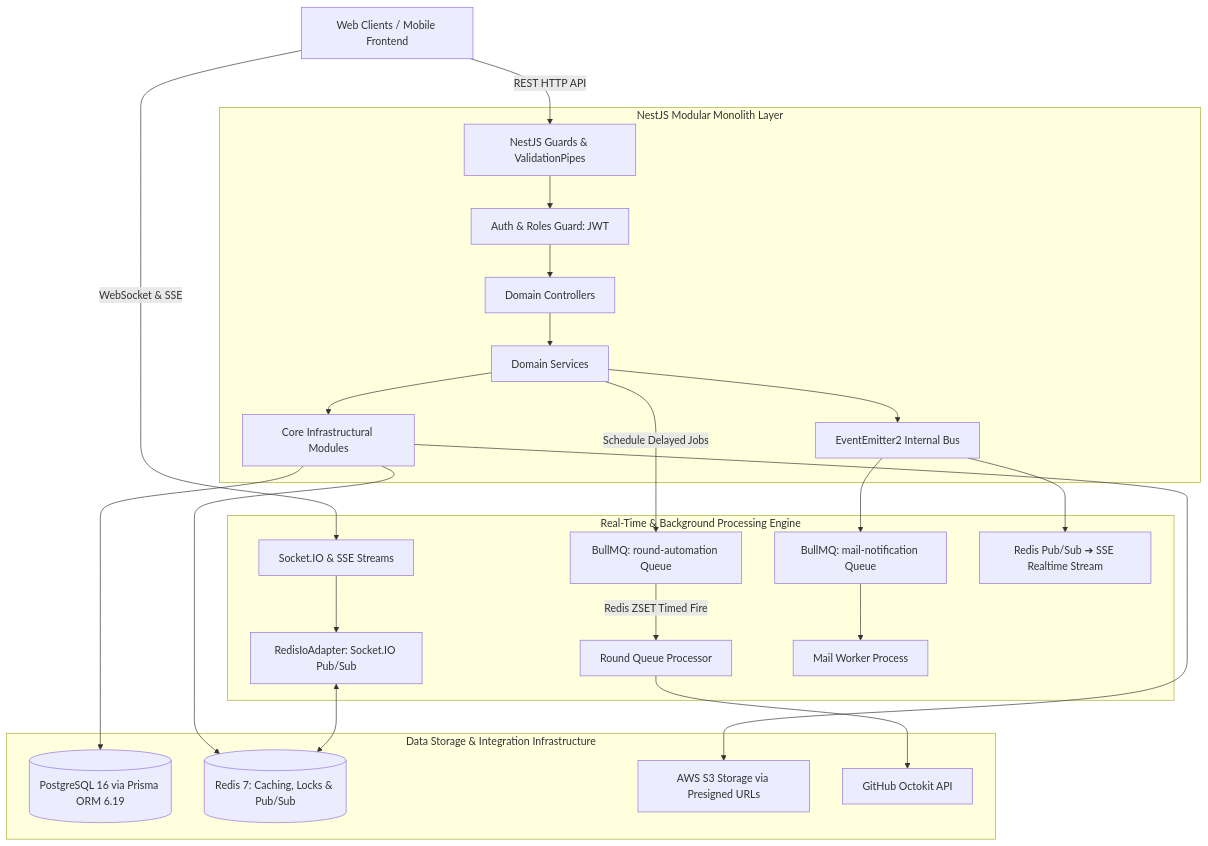
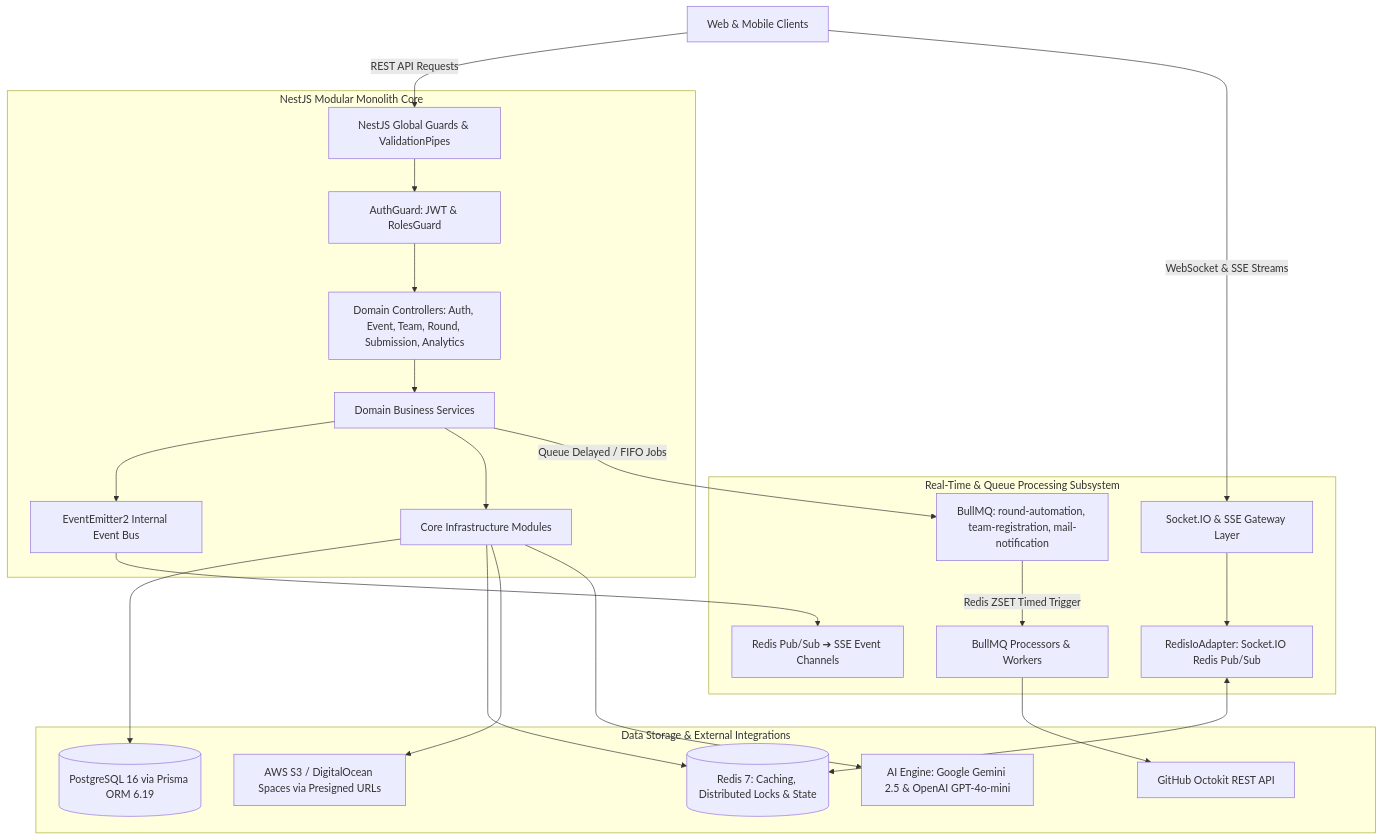
One commit to SEAL-WDP301/SEAL-WDP301-monorepo changed the diagram in BE/README.md. Above: the diagram before and after it, drawn with Mermaid. The commit also changed other lines of this file and 2 other files, not shown here.

Commit message:
docs: comprehensive update to root, BE, and FE READMEs highlighting DevOps, architecture, and features

````diff
--- a/BE/README.md
+++ b/BE/README.md
@@ -35,30 +21,29 @@
 ```mermaid
 graph TD
-    Client[Web Clients / Mobile Frontend] -->|REST HTTP API| API_Gateway[NestJS Guards & ValidationPipes]
-    Client -->|WebSocket & SSE| Ws_Gateway[Socket.IO & SSE Streams]
+    Client[Web & Mobile Clients] -->|REST API Requests| API_Gateway[NestJS Global Guards & ValidationPipes]
+    Client -->|WebSocket & SSE Streams| Realtime_Gateway[Socket.IO & SSE Gateway Layer]
 
-    subgraph "NestJS Modular Monolith Layer"
-        API_Gateway --> Guard[Auth & Roles Guard: JWT]
-        Guard --> Controller[Domain Controllers]
-        Controller --> Service[Domain Services]
-        Service --> EventBus[EventEmitter2 Internal Bus]
-        Service --> Core[Core Infrastructural Modules]
+    subgraph "NestJS Modular Monolith Core"
+        API_Gateway --> Guard[AuthGuard: JWT & RolesGuard]
+        Guard --> Controller[Domain Controllers: Auth, Event, Team, Round, Submission, Analytics]
+        Controller --> Service[Domain Business Services]
+        Service --> EventBus[EventEmitter2 Internal Event Bus]
+        Service --> CoreModules[Core Infrastructure Modules]
     end
 
-    subgraph "Real-Time & Background Processing Engine"
-        Ws_Gateway --> RedisAdapter[RedisIoAdapter: Socket.IO Pub/Sub]
-        Service -->|Schedule Delayed Jobs| Bull_Queue[BullMQ: round-automation Queue]
-        Bull_Queue -->|Redis ZSET Timed Fire| AutoWorker[Round Queue Processor]
-        EventBus --> Bull_Mail[BullMQ: mail-notification Queue]
-        Bull_Mail --> MailWorker[Mail Worker Process]
-        EventBus --> RedisPubSub[Redis Pub/Sub ➔ SSE Realtime Stream]
+    subgraph "Real-Time & Queue Processing Subsystem"
+        Realtime_Gateway --> RedisAdapter[RedisIoAdapter: Socket.IO Redis Pub/Sub]
+        Service -->|Queue Delayed / FIFO Jobs| Bull_Engine[BullMQ: round-automation, team-registration, mail-notification]
+        Bull_Engine -->|Redis ZSET Timed Trigger| QueueWorkers[BullMQ Processors & Workers]
+        EventBus --> RedisPubSub[Redis Pub/Sub ➔ SSE Event Channels]
     end
 
-    subgraph "Data Storage & Integration Infrastructure"
-        Core --> DB[(PostgreSQL 16 via Prisma ORM 6.19)]
-        Core --> Redis[(Redis 7: Caching, Locks & Pub/Sub)]
-        Core --> S3[AWS S3 Storage via Presigned URLs]
-        AutoWorker --> GitHub[GitHub Octokit API]
+    subgraph "Data Storage & External Integrations"
+        CoreModules --> DB[(PostgreSQL 16 via Prisma ORM 6.19)]
+        CoreModules --> Redis[(Redis 7: Caching, Distributed Locks & State)]
+        CoreModules --> S3[AWS S3 / DigitalOcean Spaces via Presigned URLs]
+        CoreModules --> AI[AI Engine: Google Gemini 2.5 & OpenAI GPT-4o-mini]
+        QueueWorkers --> GitHub[GitHub Octokit REST API]
         RedisAdapter <--> Redis
     end
 ```
````
